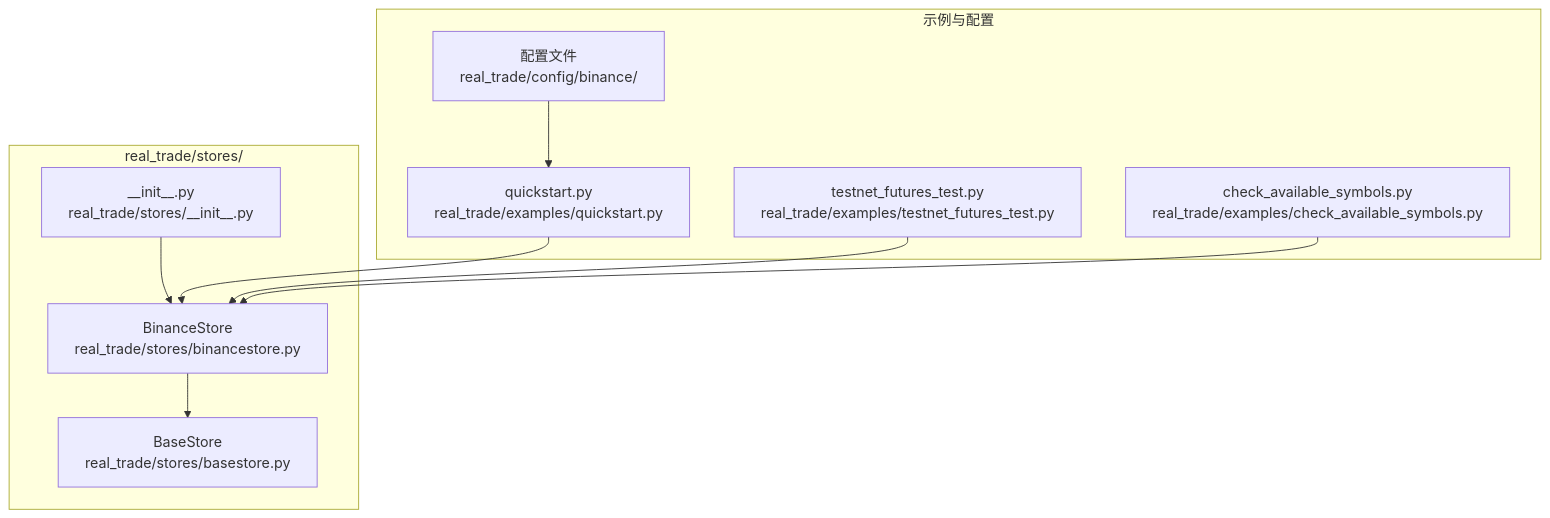
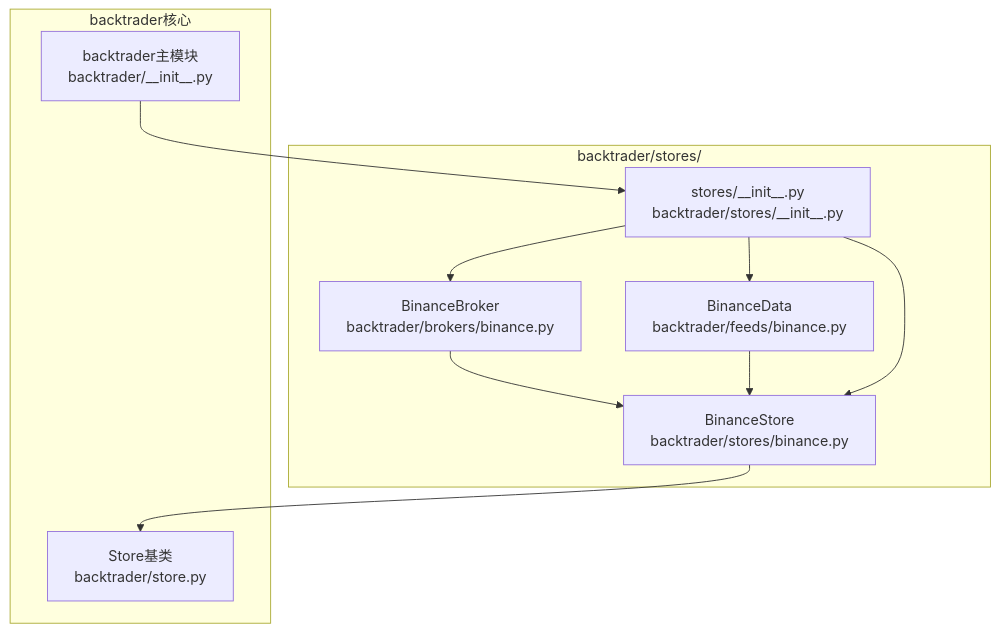
One commit to bench-prog/backtrader changed the first of 6 diagrams in .qoder/repowiki/zh/content/实盘交易模块/Binance交易所集成/BinanceStore存储层.md. Above: the diagram before and after it, drawn with Mermaid. The commit also changed other lines of this file and 23 other files, not shown here.

````diff
--- a/.qoder/repowiki/zh/content/实盘交易模块/Binance交易所集成/BinanceStore存储层.md
+++ b/.qoder/repowiki/zh/content/实盘交易模块/Binance交易所集成/BinanceStore存储层.md
@@ -45,22 +44,20 @@
 ```mermaid
 graph TB
-subgraph "real_trade/stores/"
-BS["BinanceStore<br/>real_trade/stores/binancestore.py"]
-BSI["__init__.py<br/>real_trade/stores/__init__.py"]
+subgraph "backtrader/stores/"
+BS["BinanceStore<br/>backtrader/stores/binance.py"]
+BB["BinanceBroker<br/>backtrader/brokers/binance.py"]
+BD["BinanceData<br/>backtrader/feeds/binance.py"]
+SI["stores/__init__.py<br/>backtrader/stores/__init__.py"]
 end
-subgraph "real_trade/stores/"
-BaseStore["BaseStore<br/>real_trade/stores/basestore.py"]
+subgraph "backtrader核心"
+ST["Store基类<br/>backtrader/store.py"]
+BT["backtrader主模块<br/>backtrader/__init__.py"]
 end
-subgraph "示例与配置"
-QS["quickstart.py<br/>real_trade/examples/quickstart.py"]
-TFT["testnet_futures_test.py<br/>real_trade/examples/testnet_futures_test.py"]
-CAS["check_available_symbols.py<br/>real_trade/examples/check_available_symbols.py"]
-CFG["配置文件<br/>real_trade/config/binance/"]
-end
-BS --> BaseStore
-BSI --> BS
-QS --> BS
-TFT --> BS
-CAS --> BS
-CFG --> QS
+BS --> ST
+BB --> BS
+BD --> BS
+SI --> BS
+SI --> BB
+SI --> BD
+BT --> SI
 ```
````
